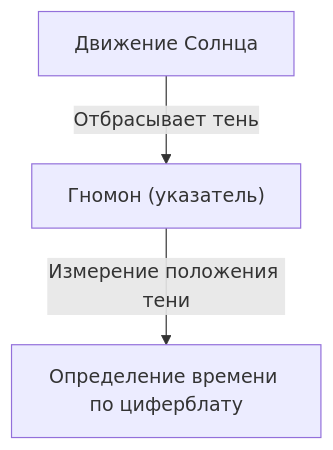
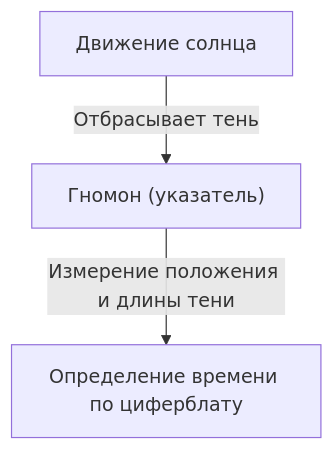
Before and after one commit to kenjinote/blog: the first of 3 diagrams in content/post/history-of-timekeeping-technology/index.ru.md, drawn with Mermaid. The commit also changed other lines of this file and 129 other files, not shown here.

````diff
--- a/content/post/history-of-timekeeping-technology/index.ru.md
+++ b/content/post/history-of-timekeeping-technology/index.ru.md
@@ -19,5 +22,5 @@
 ```mermaid
 graph TD
-    A["Движение Солнца"] -- "Отбрасывает тень" --> B["Гномон (указатель)"]
-    B -- "Измерение положения тени" --> C["Определение времени по циферблату"]
+    A["Движение солнца"] -- "Отбрасывает тень" --> B["Гномон (указатель)"]
+    B -- "Измерение положения и длины тени" --> C["Определение времени по циферблату"]
 ```
````
